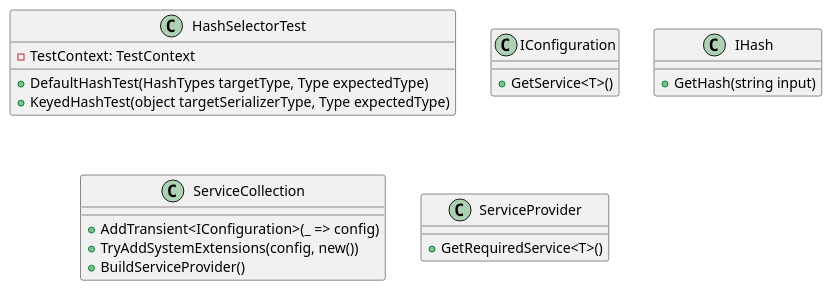
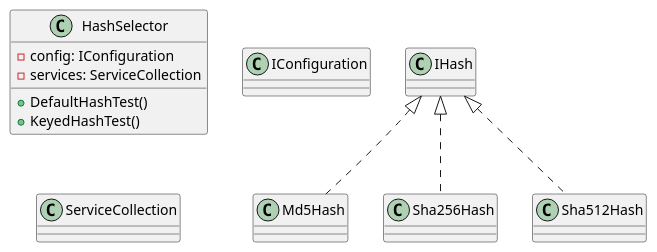
The first of 3 diagrams in docs/generated/Framework/Eliassen.System.Tests/Security/Cryptography/Documentation.md (mwwhited-forks/dotnet-libs), drawn with PlantUML before and after one commit. The commit also changed other lines of this file and 444 other files, not shown here.

````diff
--- a/docs/generated/Framework/Eliassen.System.Tests/Security/Cryptography/Documentation.md
+++ b/docs/generated/Framework/Eliassen.System.Tests/Security/Cryptography/Documentation.md
@@ -9,28 +50,30 @@
 ```plantuml
 @startuml
-class HashSelectorTest {
-  -TestContext: TestContext
-  +DefaultHashTest(HashTypes targetType, Type expectedType)
-  +KeyedHashTest(object targetSerializerType, Type expectedType)
+class HashSelector {
+  - config: IConfiguration
+  - services: ServiceCollection
+
+  + DefaultHashTest()
+  + KeyedHashTest()
 }
 
 class IConfiguration {
-  +GetService<T>()
+}
+
+class ServiceCollection {
 }
 
 class IHash {
-  +GetHash(string input)
 }
 
-class ServiceCollection {
-  +AddTransient<IConfiguration>(_ => config)
-  +TryAddSystemExtensions(config, new())
-  +BuildServiceProvider()
+class Md5Hash implements IHash {
 }
 
-class ServiceProvider {
-  +GetRequiredService<T>()
+class Sha256Hash implements IHash {
+}
+
+class Sha512Hash implements IHash {
 }
 
 @enduml
 ```
````
